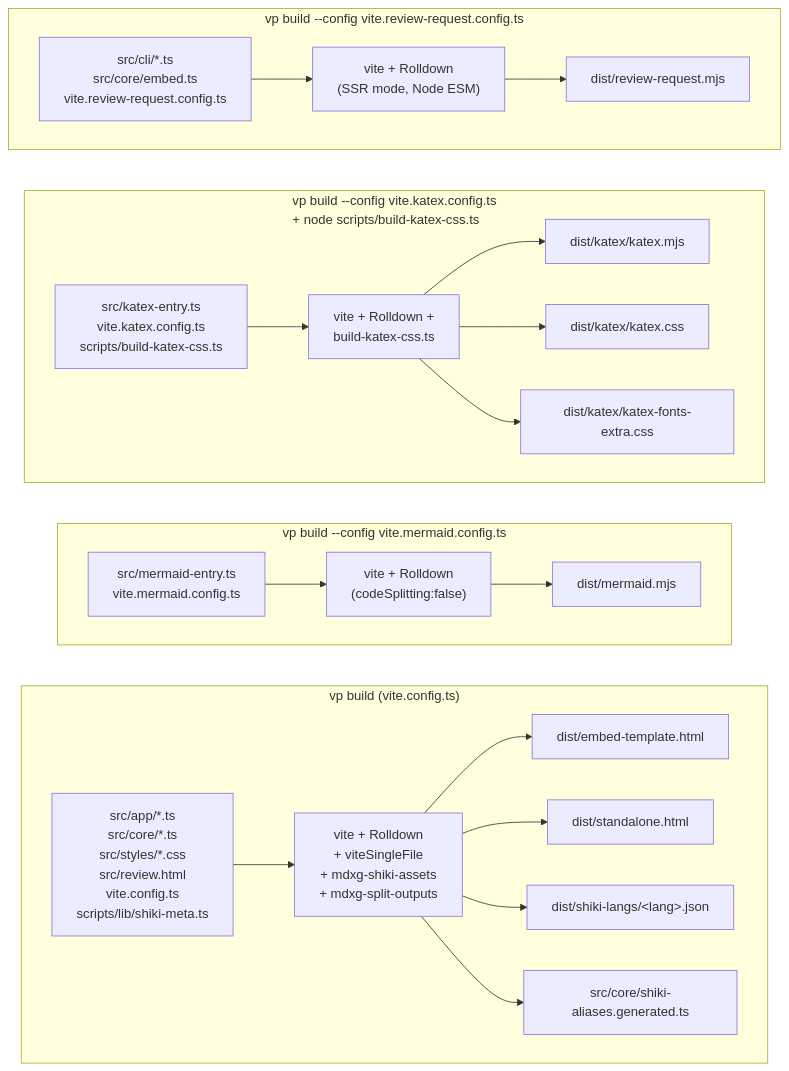
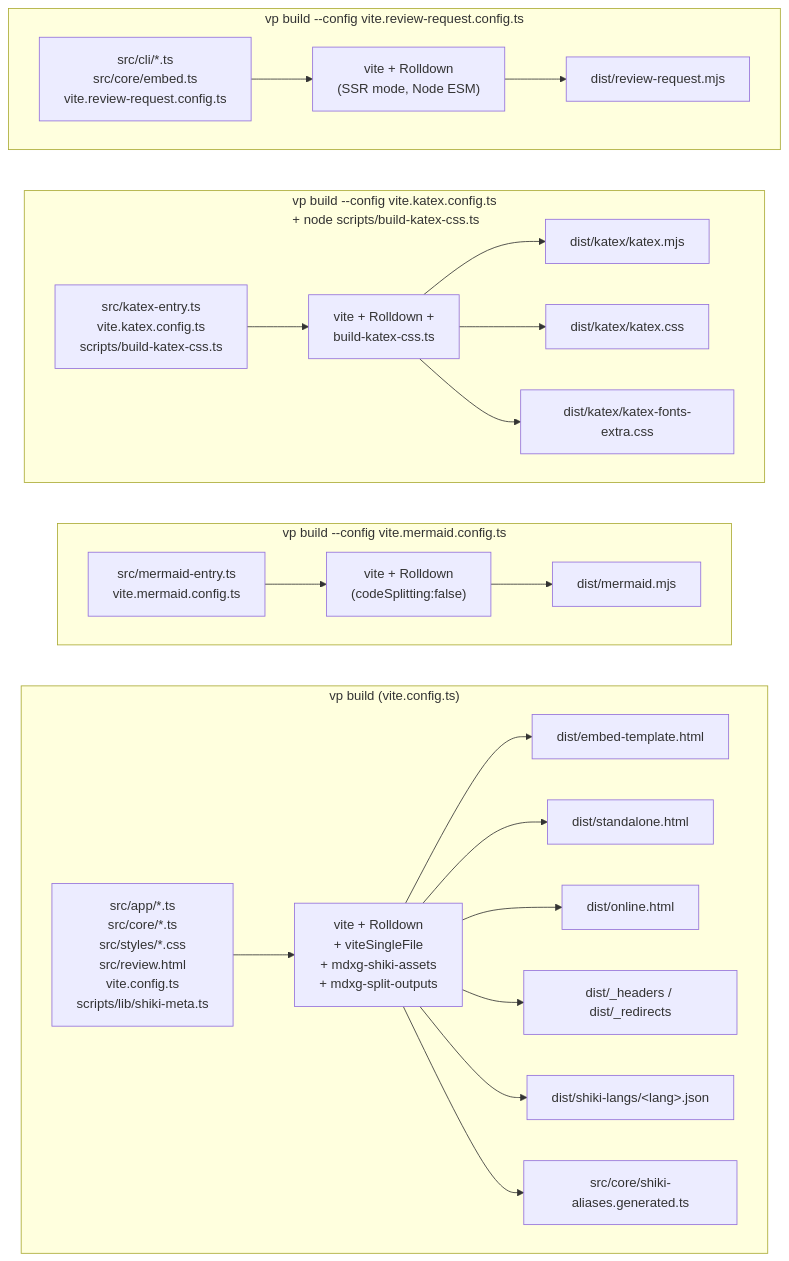
Before and after one commit to oubakiou/mdxg-redline: the second of 2 diagrams in docs/DESIGN.md, drawn with Mermaid. The commit also changed other lines of this file and 7 other files, not shown here.

````diff
--- a/docs/DESIGN.md
+++ b/docs/DESIGN.md
@@ -940,34 +986,36 @@
 ```mermaid
 flowchart LR
     subgraph C1["vp build (vite.config.ts)"]
         direction LR
         I1["src/app/*.ts<br/>src/core/*.ts<br/>src/styles/*.css<br/>src/review.html<br/>vite.config.ts<br/>scripts/lib/shiki-meta.ts"]
         B1["vite + Rolldown<br/>+ viteSingleFile<br/>+ mdxg-shiki-assets<br/>+ mdxg-split-outputs"]
         I1 --> B1
         B1 --> O1a["dist/embed-template.html"]
         B1 --> O1b["dist/standalone.html"]
+        B1 --> O1e["dist/online.html"]
+        B1 --> O1f["dist/_headers / dist/_redirects"]
         B1 --> O1c["dist/shiki-langs/&lt;lang&gt;.json"]
         B1 --> O1d["src/core/shiki-aliases.generated.ts"]
     end
     subgraph C2["vp build --config vite.mermaid.config.ts"]
         direction LR
         I2["src/mermaid-entry.ts<br/>vite.mermaid.config.ts"]
         B2["vite + Rolldown<br/>(codeSplitting:false)"]
         I2 --> B2 --> O2["dist/mermaid.mjs"]
     end
     subgraph C3["vp build --config vite.katex.config.ts<br/>+ node scripts/build-katex-css.ts"]
         direction LR
         I3["src/katex-entry.ts<br/>vite.katex.config.ts<br/>scripts/build-katex-css.ts"]
         B3["vite + Rolldown +<br/>build-katex-css.ts"]
         I3 --> B3
         B3 --> O3a["dist/katex/katex.mjs"]
         B3 --> O3b["dist/katex/katex.css"]
         B3 --> O3c["dist/katex/katex-fonts-extra.css"]
     end
     subgraph C4["vp build --config vite.review-request.config.ts"]
         direction LR
         I4["src/cli/*.ts<br/>src/core/embed.ts<br/>vite.review-request.config.ts"]
         B4["vite + Rolldown<br/>(SSR mode, Node ESM)"]
         I4 --> B4 --> O4["dist/review-request.mjs"]
     end
 ```
````
